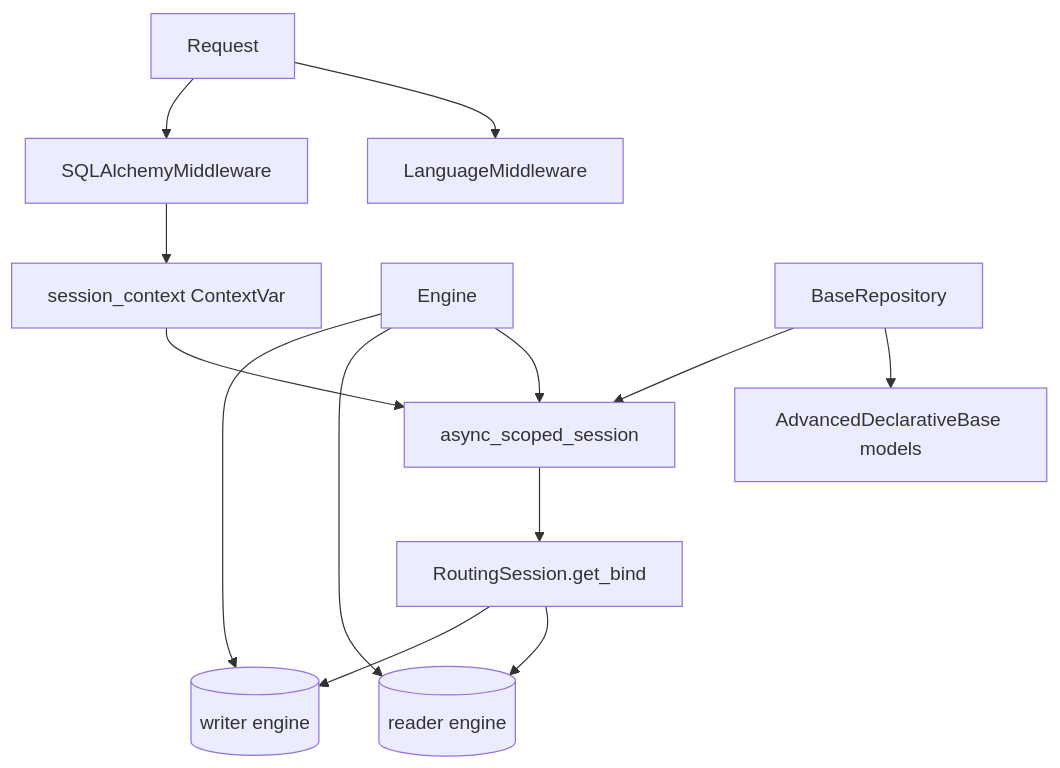
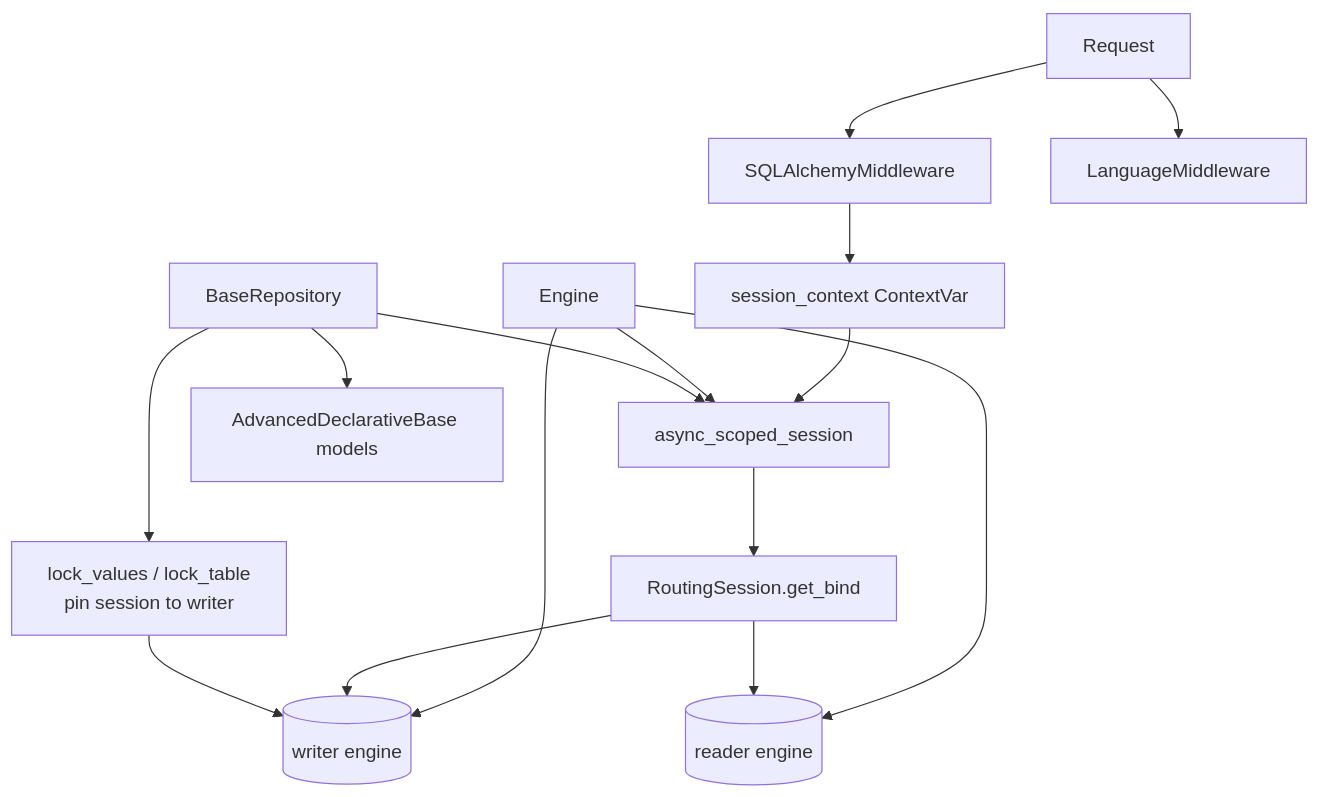
One commit to Tap2Cloud/backend-public changed the first of 2 diagrams in docs/wiki/core-infrastructure.md. Above: the diagram before and after it, drawn with Mermaid. The commit also changed other lines of this file and 6 other files, not shown here.

````diff
--- a/docs/wiki/core-infrastructure.md
+++ b/docs/wiki/core-infrastructure.md
@@ -9,15 +9,17 @@
 ```mermaid
 graph TD
   Req[Request] --> SAMW[SQLAlchemyMiddleware]
   Req --> LangMW[LanguageMiddleware]
   SAMW --> Ctx[session_context ContextVar]
   Ctx --> ScopedSession[async_scoped_session]
   Engine[Engine] --> Writer[(writer engine)]
   Engine --> Reader[(reader engine)]
   Engine --> ScopedSession
   ScopedSession --> RS[RoutingSession.get_bind]
   RS --> Writer
   RS --> Reader
   Repo[BaseRepository] --> ScopedSession
   Repo --> Base[AdvancedDeclarativeBase models]
+  Repo --> Locks["lock_values / lock_table<br/>pin session to writer"]
+  Locks --> Writer
 ```
````
